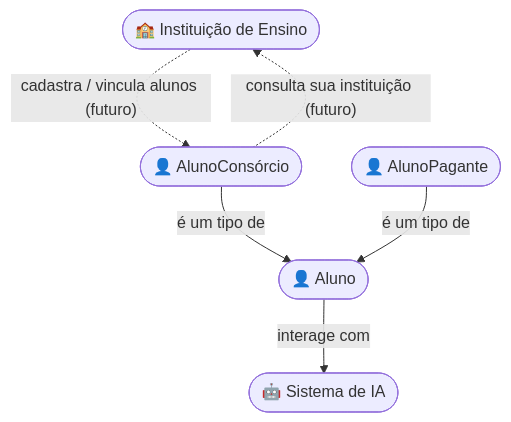
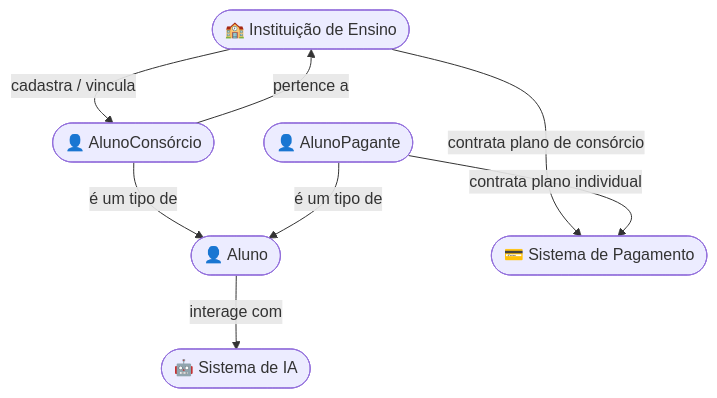
Before and after one commit to JoaoLRS/IVIS: the second of 2 diagrams in etc/plano/IVIS_documento.md, drawn with Mermaid. The commit also changed other lines of this file, not shown here.

Commit message:
Atualização no plano

````diff
--- a/etc/plano/IVIS_documento.md
+++ b/etc/plano/IVIS_documento.md
@@ -123,15 +165,18 @@
 ```mermaid
 flowchart TB
     IE(["🏫 Instituição de Ensino"])
     Aluno(["👤 Aluno"])
     AC(["👤 AlunoConsórcio"])
     AP(["👤 AlunoPagante"])
     IA(["🤖 Sistema de IA"])
+    Pagamento(["💳 Sistema de Pagamento"])
 
     AC -->|é um tipo de| Aluno
     AP -->|é um tipo de| Aluno
     Aluno -->|interage com| IA
 
-    IE -.->|"cadastra / vincula alunos (futuro)"| AC
-    AC -.->|"consulta sua instituição (futuro)"| IE
+    IE -->|contrata plano de consórcio| Pagamento
+    AP -->|contrata plano individual| Pagamento
+    IE -->|cadastra / vincula| AC
+    AC -->|pertence a| IE
 ```
````
